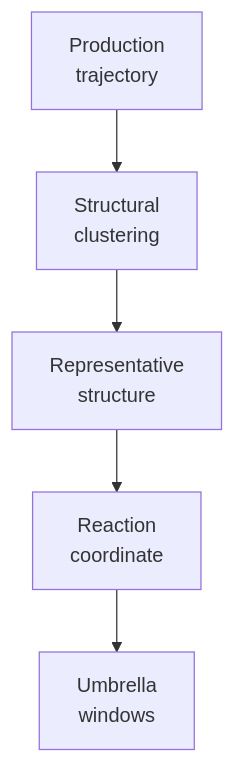
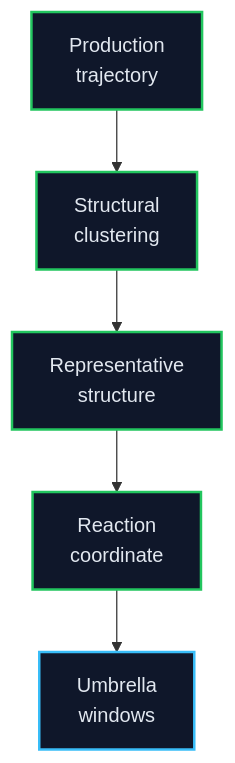
Before and after one commit to jackyissocute/LiSPER: the diagram in 01_computational_discovery/umbrella/README.md, drawn with Mermaid. The commit also changed other lines of this file and 10 other files, not shown here.

````diff
--- a/01_computational_discovery/umbrella/README.md
+++ b/01_computational_discovery/umbrella/README.md
@@ -11,16 +15,21 @@
 ```mermaid
 flowchart TD
     accTitle: Umbrella Sampling Setup
     accDescr: Production trajectories are clustered to select representative structures, define reaction coordinates, and build umbrella windows.
 
     trajectory["Production<br/>trajectory"]
     clustering["Structural<br/>clustering"]
     representative["Representative<br/>structure"]
     coordinate["Reaction<br/>coordinate"]
     windows["Umbrella<br/>windows"]
 
     trajectory --> clustering
     clustering --> representative
     representative --> coordinate
     coordinate --> windows
+
+    classDef complete fill:#0F172A,stroke:#22C55E,stroke-width:2px,color:#E2E8F0
+    classDef running fill:#0F172A,stroke:#38BDF8,stroke-width:2px,color:#E2E8F0
+    class trajectory,clustering,representative,coordinate complete
+    class windows running
 ```
````
